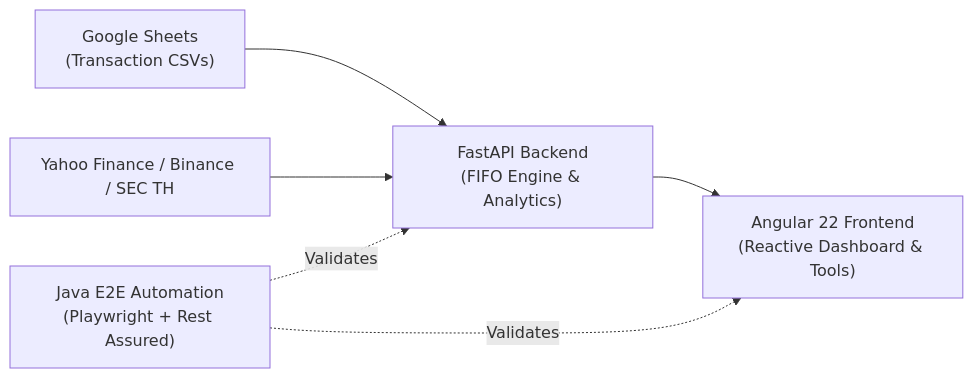
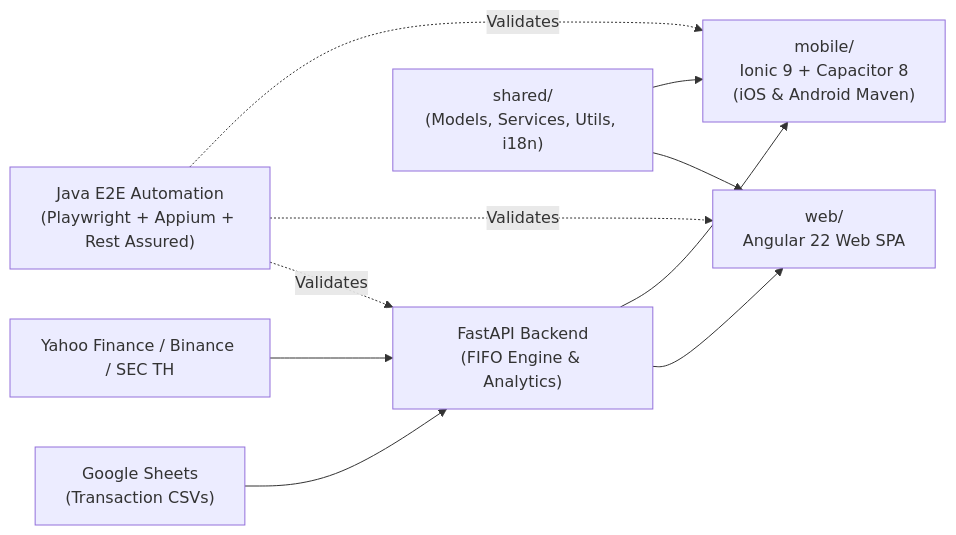
Before and after one commit to vipatpolk/SGSK-Wealth: the diagram in README.md, drawn with Mermaid. The commit also changed other lines of this file and 175 other files, not shown here.

Commit message:
feat: add Ionic Capacitor iOS/Android mobile app, Appium E2E, and shared workspace

````diff
--- a/README.md
+++ b/README.md
@@ -37,8 +40,12 @@
 ```mermaid
 flowchart LR
     DataSources["Google Sheets\n(Transaction CSVs)"] --> Backend["FastAPI Backend\n(FIFO Engine & Analytics)"]
     MarketData["Yahoo Finance / Binance / SEC TH"] --> Backend
-    Backend --> Frontend["Angular 22 Frontend\n(Reactive Dashboard & Tools)"]
-    E2E["Java E2E Automation\n(Playwright + Rest Assured)"] -. Validates .-> Backend
-    E2E -. Validates .-> Frontend
+    Shared["shared/\n(Models, Services, Utils, i18n)"] --> Web["web/\nAngular 22 Web SPA"]
+    Shared --> Mobile["mobile/\nIonic 9 + Capacitor 8\n(iOS & Android Maven)"]
+    Backend --> Web
+    Backend --> Mobile
+    E2E["Java E2E Automation\n(Playwright + Appium + Rest Assured)"] -. Validates .-> Backend
+    E2E -. Validates .-> Web
+    E2E -. Validates .-> Mobile
 ```
````
